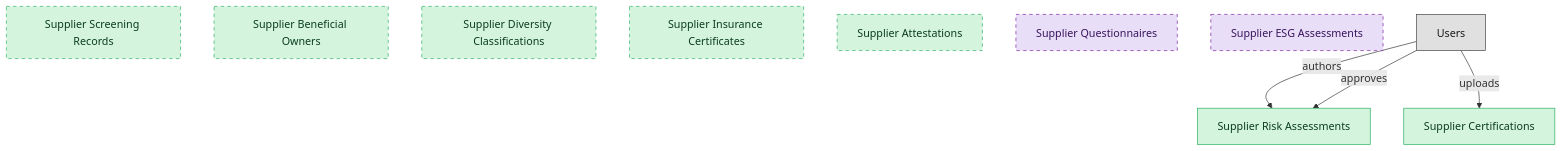
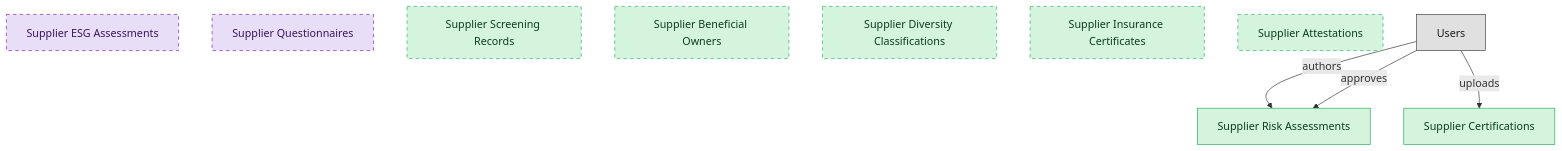
The diagram in catalog/blueprints/srm-risk-compliance-semantic-blueprint.md (IntranetFactory/domain-map), drawn with Mermaid before and after one commit. The commit also changed other lines of this file and 122 other files, not shown here.

````diff
--- a/catalog/blueprints/srm-risk-compliance-semantic-blueprint.md
+++ b/catalog/blueprints/srm-risk-compliance-semantic-blueprint.md
@@ -38,36 +39,36 @@
 ```mermaid
 flowchart TD
   classDef master fill:#d4f4dd,stroke:#27ae60,color:#0b3d20;
   classDef consumer fill:#e8def8,stroke:#7b1fa2,color:#3a155d;
   classDef platform_builtin fill:#e0e0e0,stroke:#424242,color:#1a1a1a;
+  supplier_esg_assessments["Supplier ESG Assessments"]
+  supplier_certifications["Supplier Certifications"]
   supplier_risk_assessments["Supplier Risk Assessments"]
-  supplier_certifications["Supplier Certifications"]
+  supplier_questionnaires["Supplier Questionnaires"]
   supplier_screening_records["Supplier Screening Records"]
   supplier_beneficial_owners["Supplier Beneficial Owners"]
   supplier_diversity_classifications["Supplier Diversity Classifications"]
   supplier_insurance_certificates["Supplier Insurance Certificates"]
   supplier_attestations["Supplier Attestations"]
-  supplier_questionnaires["Supplier Questionnaires"]
-  supplier_esg_assessments["Supplier ESG Assessments"]
   users["Users"]
   users -->|"authors"| supplier_risk_assessments
   users -->|"approves"| supplier_risk_assessments
   users -->|"uploads"| supplier_certifications
+  class supplier_esg_assessments consumer;
+  class supplier_certifications master;
   class supplier_risk_assessments master;
-  class supplier_certifications master;
+  class supplier_questionnaires consumer;
   class supplier_screening_records master;
   class supplier_beneficial_owners master;
   class supplier_diversity_classifications master;
   class supplier_insurance_certificates master;
   class supplier_attestations master;
-  class supplier_questionnaires consumer;
-  class supplier_esg_assessments consumer;
   class users platform_builtin;
+  style supplier_esg_assessments stroke-dasharray:5 5;
+  style supplier_questionnaires stroke-dasharray:5 5;
   style supplier_screening_records stroke-dasharray:5 5;
   style supplier_beneficial_owners stroke-dasharray:5 5;
   style supplier_diversity_classifications stroke-dasharray:5 5;
   style supplier_insurance_certificates stroke-dasharray:5 5;
   style supplier_attestations stroke-dasharray:5 5;
-  style supplier_questionnaires stroke-dasharray:5 5;
-  style supplier_esg_assessments stroke-dasharray:5 5;
 ```
````
